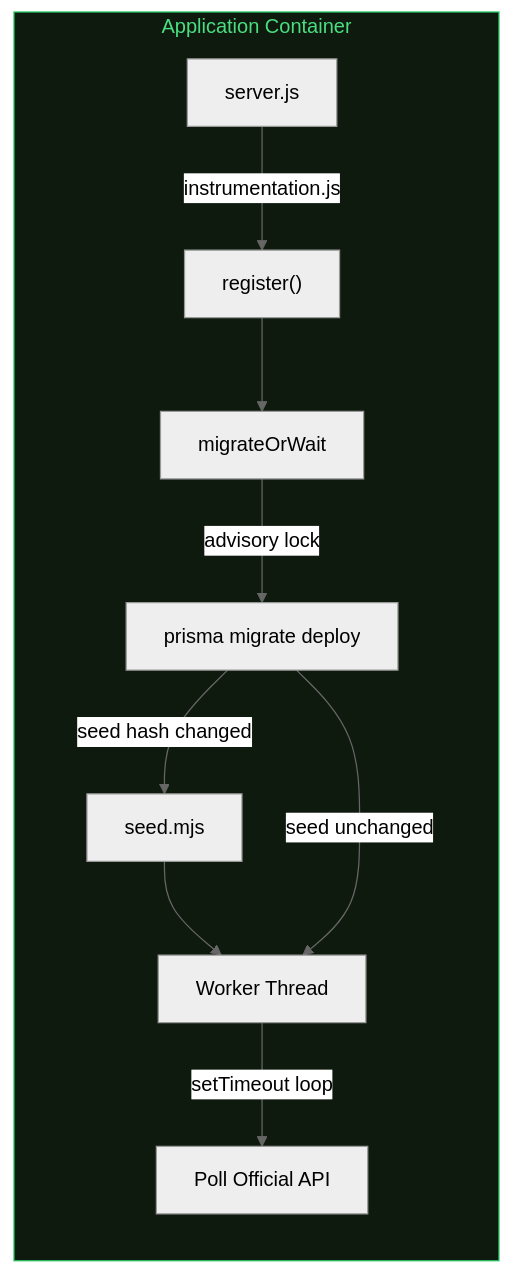
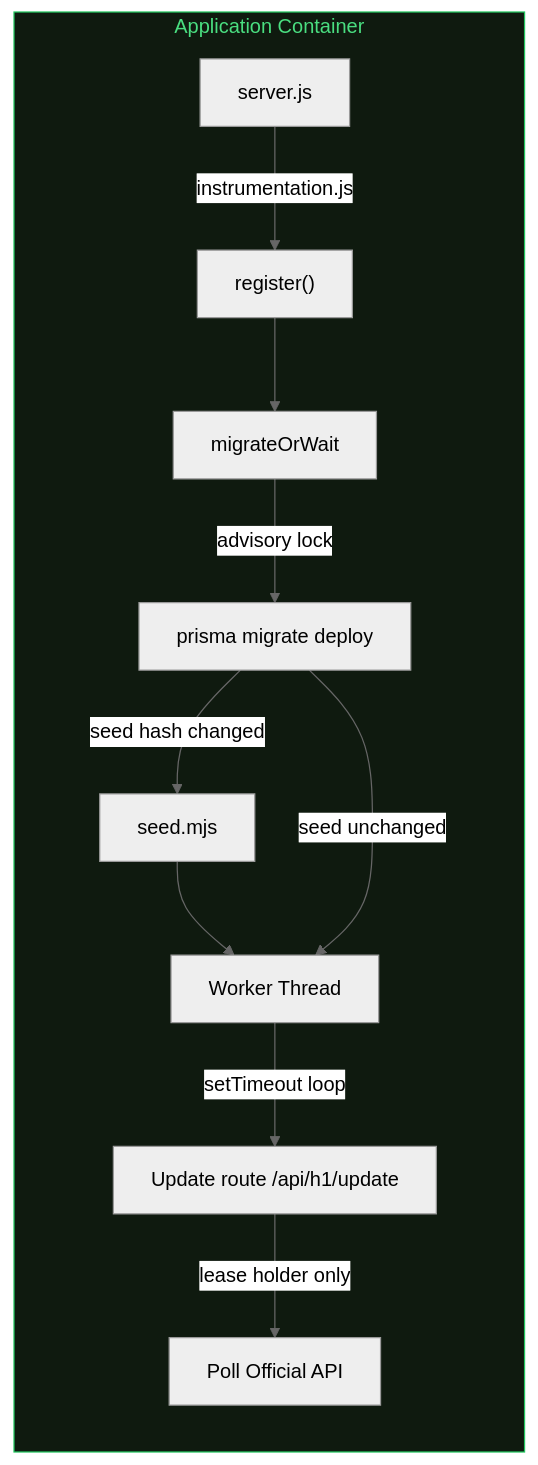
One commit to elfensky/helldivers.bot changed the first of 3 diagrams in src/app/docs/infrastructure/page.mdx. Above: the diagram before and after it, drawn with Mermaid (neutral theme).

Commit message:
docs(infrastructure): route the worker through the update route in the overview fence (DOCS-02)
- the worker thread calls /api/h1/update; only the lease holder polls the official API

````diff
--- a/src/app/docs/infrastructure/page.mdx
+++ b/src/app/docs/infrastructure/page.mdx
@@ -13,15 +13,16 @@
 ```mermaid
 graph LR
     subgraph App["Application Container"]
         direction TB
         SERVER["server.js"] --> |"instrumentation.js"| REG["register()"]
         REG --> MIG["migrateOrWait"]
         MIG --> |"advisory lock"| DEPLOY["prisma migrate deploy"]
         DEPLOY --> |"seed hash changed"| SEED["seed.mjs"]
         SEED --> WORKER["Worker Thread"]
         DEPLOY --> |"seed unchanged"| WORKER
-        WORKER --> |"setTimeout loop"| POLL["Poll Official API"]
+        WORKER --> |"setTimeout loop"| UPDATE["Update route /api/h1/update"]
+        UPDATE --> |"lease holder only"| POLL["Poll Official API"]
     end
 
     style App fill:#0f1a0f,stroke:#22c55e,color:#4ade80
 ```
````
